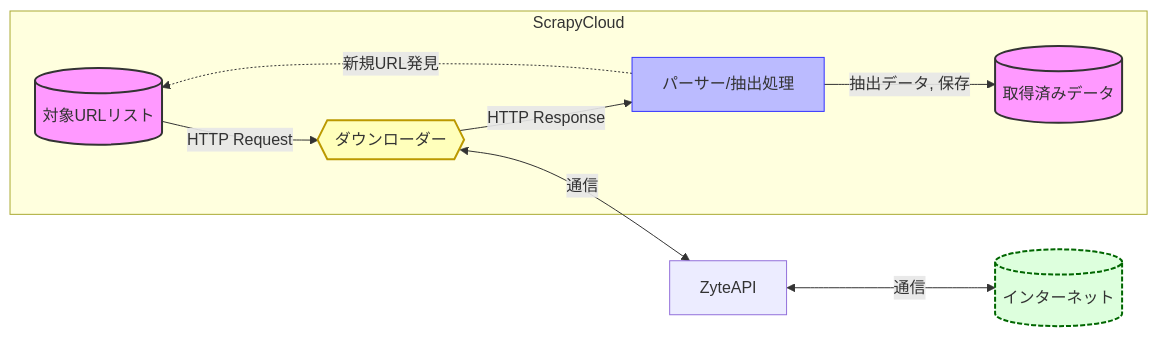
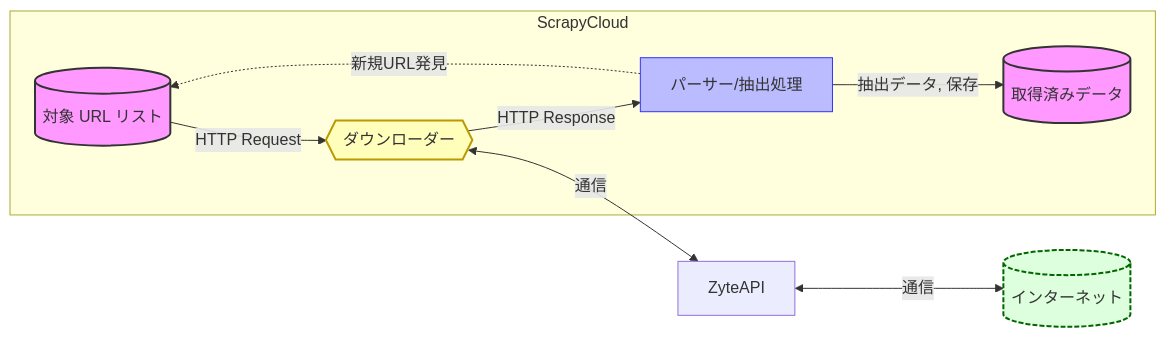
One commit to marufeuille/hugo changed the second of 2 diagrams in content/posts/20250413_zyte_introduction/index.md. Above: the diagram before and after it, drawn with Mermaid. The commit also changed other lines of this file and 2 other files, not shown here.

````diff
--- a/content/posts/20250413_zyte_introduction/index.md
+++ b/content/posts/20250413_zyte_introduction/index.md
@@ -71,30 +72,31 @@
-```mermaid
+{{< mermaid >}}
 flowchart LR
-    %% データストアの定義
-    urlDB[(対象URLリスト)]:::datastore
-    resultDB[(取得済みデータ)]:::datastore
+%% データストアの定義
+urlDB[(対象 URL リスト)]:::datastore
+resultDB[(取得済みデータ)]:::datastore
 
     %% 処理の定義
     downloader{{ダウンローダー}}:::downloader
     parser[パーサー/抽出処理]:::process
     zyteapi[ZyteAPI]:::zyteapi
 
     %% 外部エンティティ
     internet[("インターネット")]:::external
 
     %% データフロー
     subgraph ScrapyCloud
-	    urlDB -->|HTTP Request| downloader
-	    downloader -->|HTTP Response| parser
-	    parser -->|抽出データ, 保存| resultDB
-	    parser -.->|新規URL発見| urlDB
+        urlDB -->|HTTP Request| downloader
+        downloader -->|HTTP Response| parser
+        parser -->|抽出データ, 保存| resultDB
+        parser -.->|新規URL発見| urlDB
     end
     downloader <--> |通信| zyteapi
     zyteapi <--> |通信| internet
 
     %% スタイル定義
     classDef datastore fill:#f9f,stroke:#333,stroke-width:2px
     classDef process fill:#bbf,stroke:#33f,stroke-width:1px
     classDef downloader fill:#ffb,stroke:#b90,stroke-width:2px
     classDef external fill:#dfd,stroke:#060,stroke-width:2px,stroke-dasharray: 5 2
-```
+
+{{< /mermaid >}}
````
